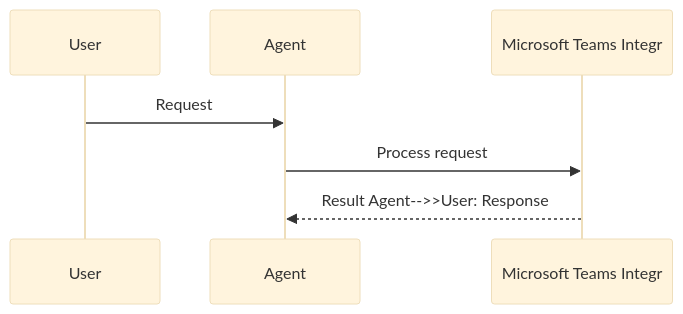
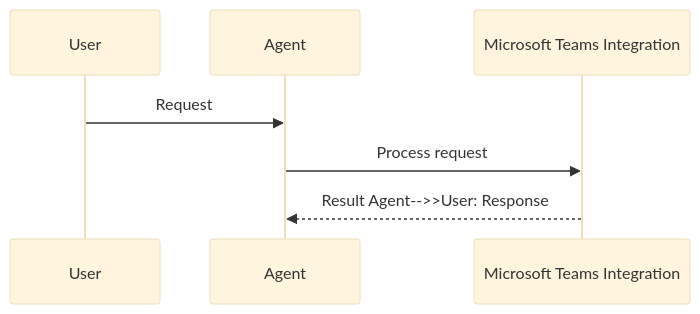
Before and after one commit to MervinPraison/PraisonAIDocs: the second of 3 diagrams in docs/features/rfc-microsoft-teams-integration.mdx, drawn with Mermaid (base theme). The commit also changed 45 other files, not shown here.

First line of the commit message:
docs: fix truncated Mermaid diagram feature names (22-char cutoff)

````diff
--- a/docs/features/rfc-microsoft-teams-integration.mdx
+++ b/docs/features/rfc-microsoft-teams-integration.mdx
@@ -49,10 +49,10 @@
 ```mermaid
 sequenceDiagram
     participant User
     participant Agent
-    participant Feature as Microsoft Teams Integr
+    participant Feature as Microsoft Teams Integration
 
     User->>Agent: Request
     Agent->>Feature: Process request
     Feature-->>Agent: Result    Agent-->>User: Response
 ```
````
